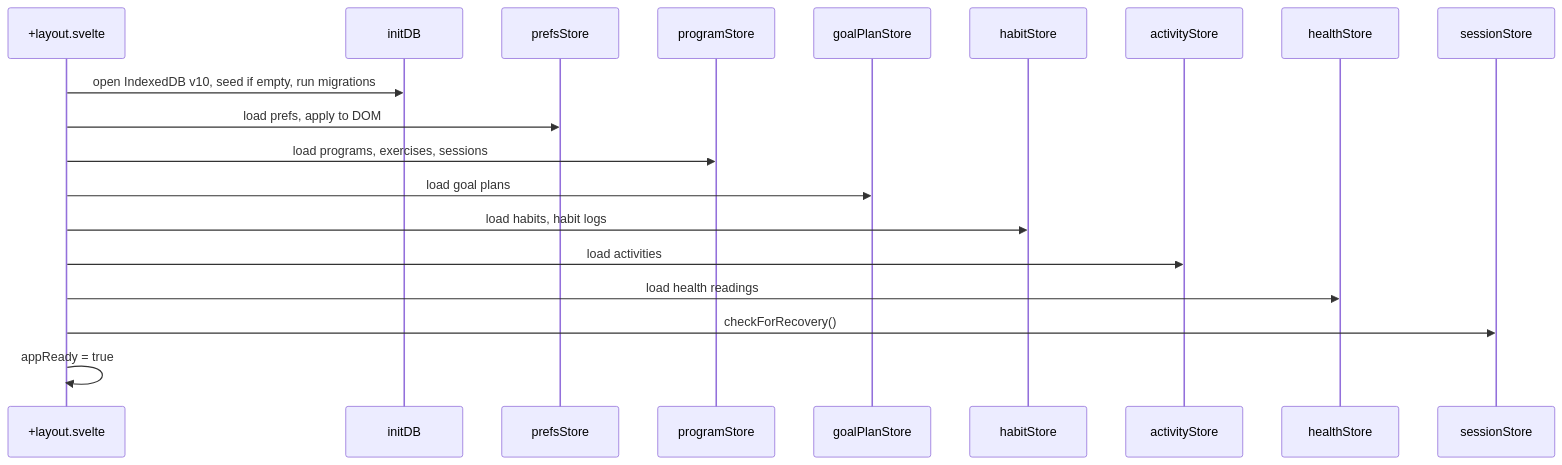
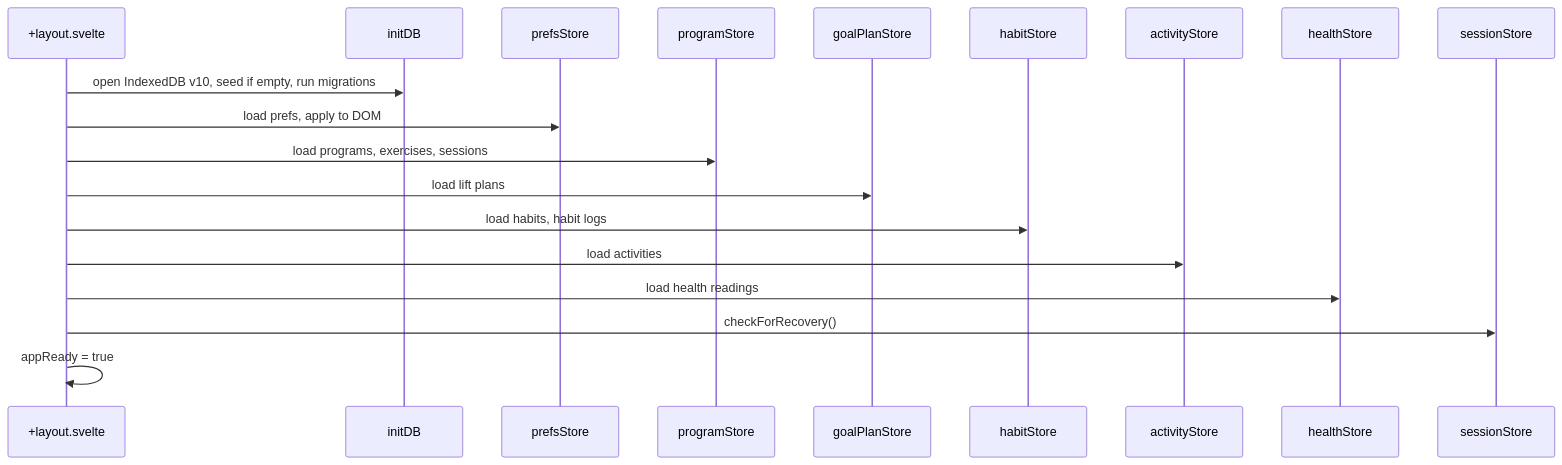
Before and after one commit to jermbo/CosmicWorkOut: the second of 2 diagrams in docs/implementation/app-structure.md, drawn with Mermaid. The commit also changed other lines of this file and 74 other files, not shown here.

````diff
--- a/docs/implementation/app-structure.md
+++ b/docs/implementation/app-structure.md
@@ -84,22 +86,22 @@
 ```mermaid
 sequenceDiagram
     participant L as +layout.svelte
     participant DB as initDB
     participant P as prefsStore
     participant Prog as programStore
     participant GP as goalPlanStore
     participant H as habitStore
     participant A as activityStore
     participant He as healthStore
     participant S as sessionStore
 
     L->>DB: open IndexedDB v10, seed if empty, run migrations
     L->>P: load prefs, apply to DOM
     L->>Prog: load programs, exercises, sessions
-    L->>GP: load goal plans
+    L->>GP: load lift plans
     L->>H: load habits, habit logs
     L->>A: load activities
     L->>He: load health readings
     L->>S: checkForRecovery()
     L->>L: appReady = true
 ```
````
